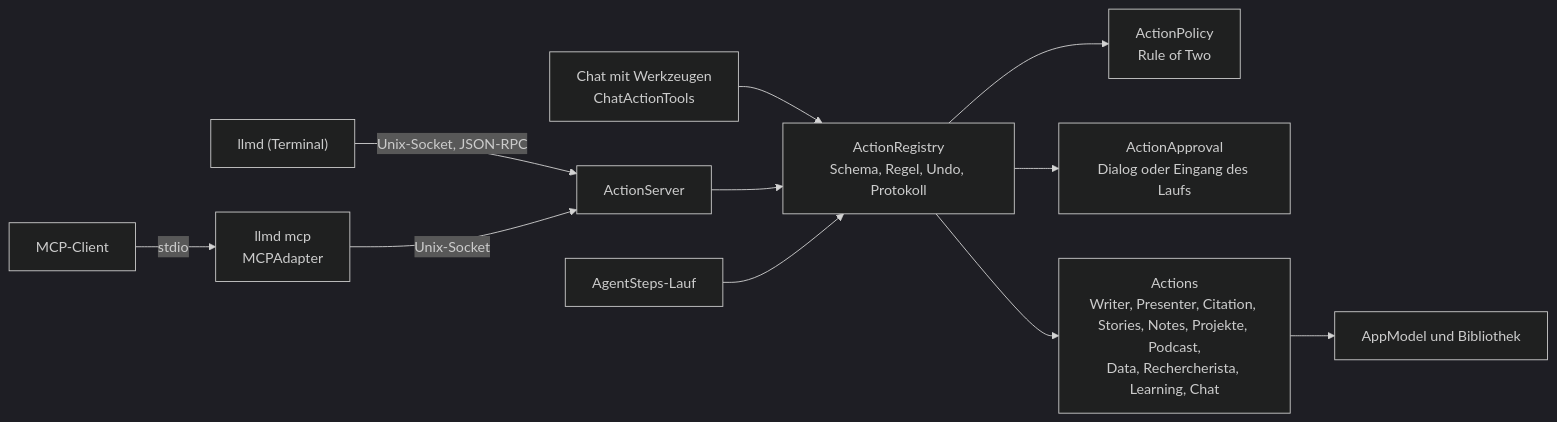
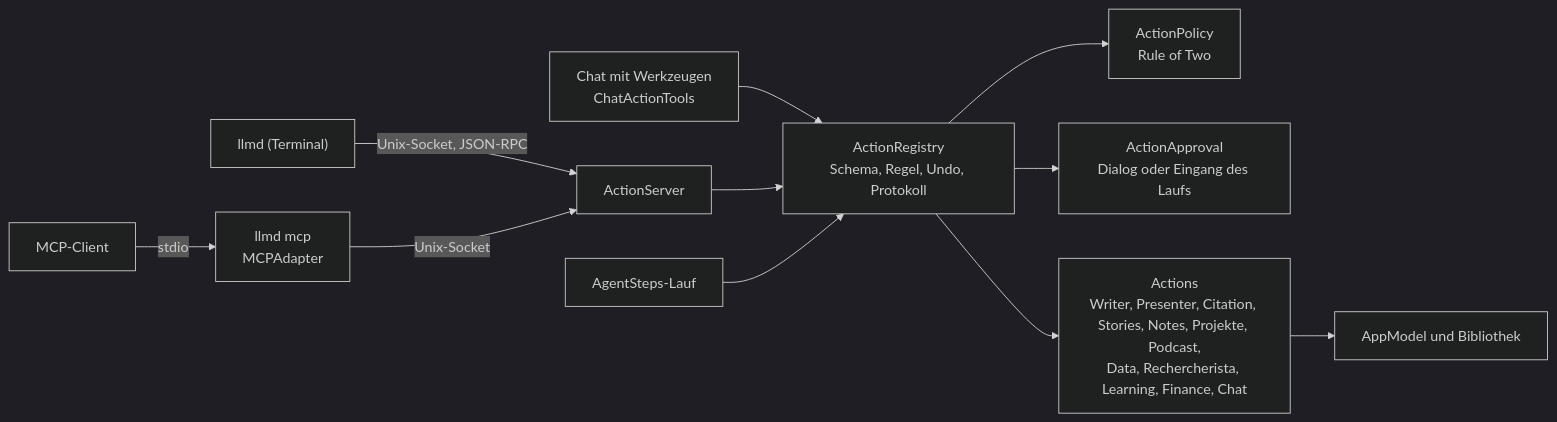
The first of 2 diagrams in docs/actions.md (AlexEhrenberger/LLMDesigner), drawn with Mermaid (dark theme) before and after one commit. The commit also changed other lines of this file and 38 other files, not shown here.

````diff
--- a/docs/actions.md
+++ b/docs/actions.md
@@ -12,12 +12,12 @@
 ```mermaid
 flowchart LR
     CLI["llmd (Terminal)"] -->|"Unix-Socket, JSON-RPC"| SRV["ActionServer"]
     MCP["MCP-Client"] -->|stdio| AD["llmd mcp<br/>MCPAdapter"] -->|"Unix-Socket"| SRV
     CHAT["Chat mit Werkzeugen<br/>ChatActionTools"] --> REG
     SRV --> REG["ActionRegistry<br/>Schema, Regel, Undo, Protokoll"]
     REG --> POL["ActionPolicy<br/>Rule of Two"]
     REG --> APP["ActionApproval<br/>Dialog oder Eingang des Laufs"]
     AG["AgentSteps-Lauf"] --> REG
-    REG --> ACT["Actions<br/>Writer, Presenter, Citation, Stories, Notes, Projekte, Podcast,<br/>Data, Rechercherista, Learning, Chat"]
+    REG --> ACT["Actions<br/>Writer, Presenter, Citation, Stories, Notes, Projekte, Podcast,<br/>Data, Rechercherista, Learning, Finance, Chat"]
     ACT --> AM["AppModel und Bibliothek"]
 ```
````
